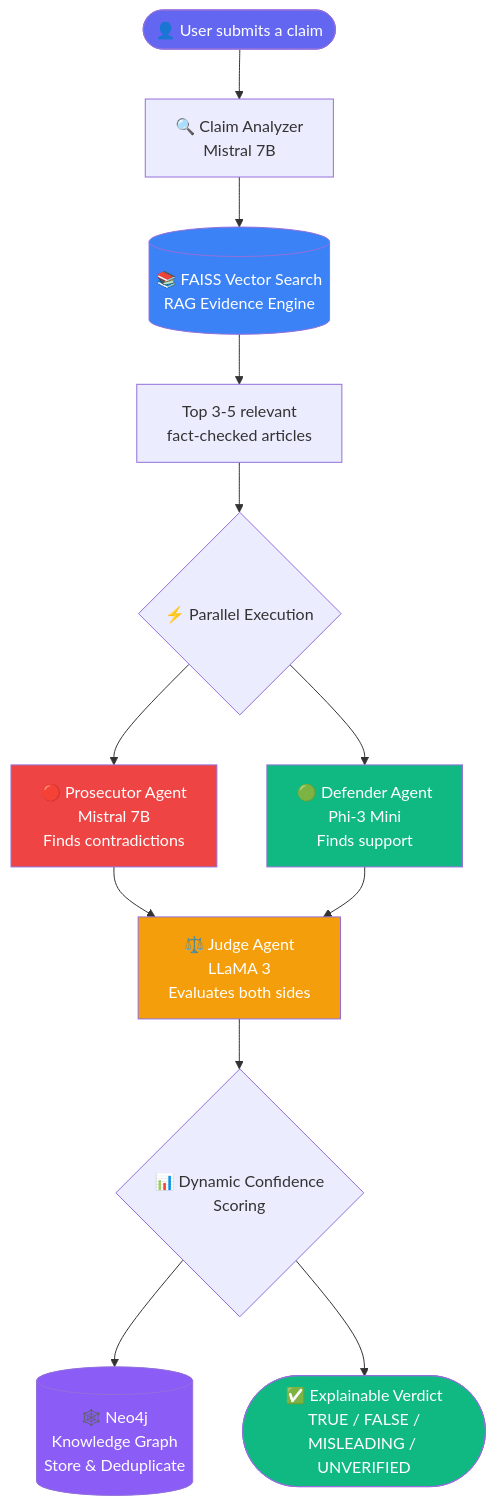
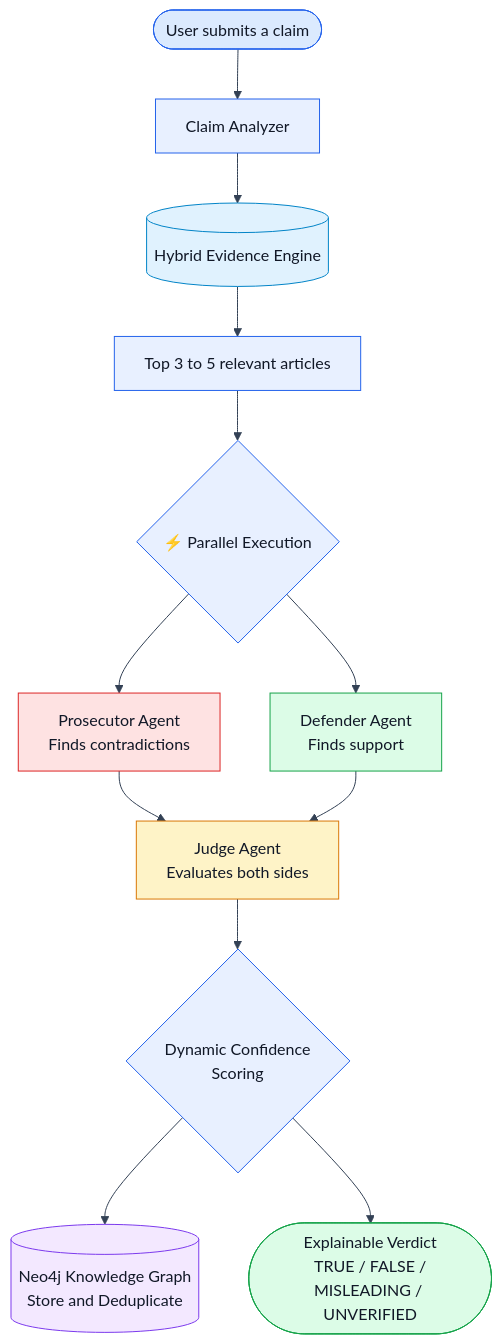
One commit to Sandarsh18/VeritasAI changed the first of 7 diagrams in README.md. Above: the diagram before and after it, drawn with Mermaid. The commit also changed other lines of this file, not shown here.

Commit message:
📝 Improve README mermaid readability and structure

````diff
--- a/README.md
+++ b/README.md
@@ -59,22 +59,23 @@
 ```mermaid
+%%{init: {'theme': 'base', 'themeVariables': { 'primaryColor': '#E8F0FF', 'primaryTextColor': '#111827', 'primaryBorderColor': '#2563EB', 'lineColor': '#334155', 'secondaryColor': '#ECFDF5', 'tertiaryColor': '#FEF3C7', 'fontFamily': 'Arial' }}}%%
 flowchart TD
-    A([👤 User submits a claim]) --> B[🔍 Claim Analyzer\nMistral 7B]
-    B --> C[(📚 FAISS Vector Search\nRAG Evidence Engine)]
-    C --> D[Top 3-5 relevant\nfact-checked articles]
+    A([User submits a claim]) --> B[Claim Analyzer]
+    B --> C[(Hybrid Evidence Engine)]
+    C --> D[Top 3 to 5 relevant articles]
     D --> E{⚡ Parallel Execution}
-    E --> F[🔴 Prosecutor Agent\nMistral 7B\nFinds contradictions]
-    E --> G[🟢 Defender Agent\nPhi-3 Mini\nFinds support]
-    F --> H[⚖️ Judge Agent\nLLaMA 3\nEvaluates both sides]
+    E --> F[Prosecutor Agent\nFinds contradictions]
+    E --> G[Defender Agent\nFinds support]
+    F --> H[Judge Agent\nEvaluates both sides]
     G --> H
-    H --> I{📊 Dynamic Confidence\nScoring}
-    I --> J[(🕸️ Neo4j\nKnowledge Graph\nStore & Deduplicate)]
-    I --> K([✅ Explainable Verdict\nTRUE / FALSE /\nMISLEADING / UNVERIFIED])
+    H --> I{Dynamic Confidence\nScoring}
+    I --> J[(Neo4j Knowledge Graph\nStore and Deduplicate)]
+    I --> K([Explainable Verdict\nTRUE / FALSE /\nMISLEADING / UNVERIFIED])
     
-    style A fill:#6366f1,color:#fff
-    style K fill:#10b981,color:#fff
-    style H fill:#f59e0b,color:#fff
-    style F fill:#ef4444,color:#fff
-    style G fill:#10b981,color:#fff
-    style C fill:#3b82f6,color:#fff
-    style J fill:#8b5cf6,color:#fff
+    style A fill:#DBEAFE,color:#111827,stroke:#2563EB
+    style K fill:#DCFCE7,color:#111827,stroke:#16A34A
+    style H fill:#FEF3C7,color:#111827,stroke:#D97706
+    style F fill:#FEE2E2,color:#111827,stroke:#DC2626
+    style G fill:#DCFCE7,color:#111827,stroke:#16A34A
+    style C fill:#E0F2FE,color:#111827,stroke:#0284C7
+    style J fill:#F3E8FF,color:#111827,stroke:#7C3AED
 ```
````
